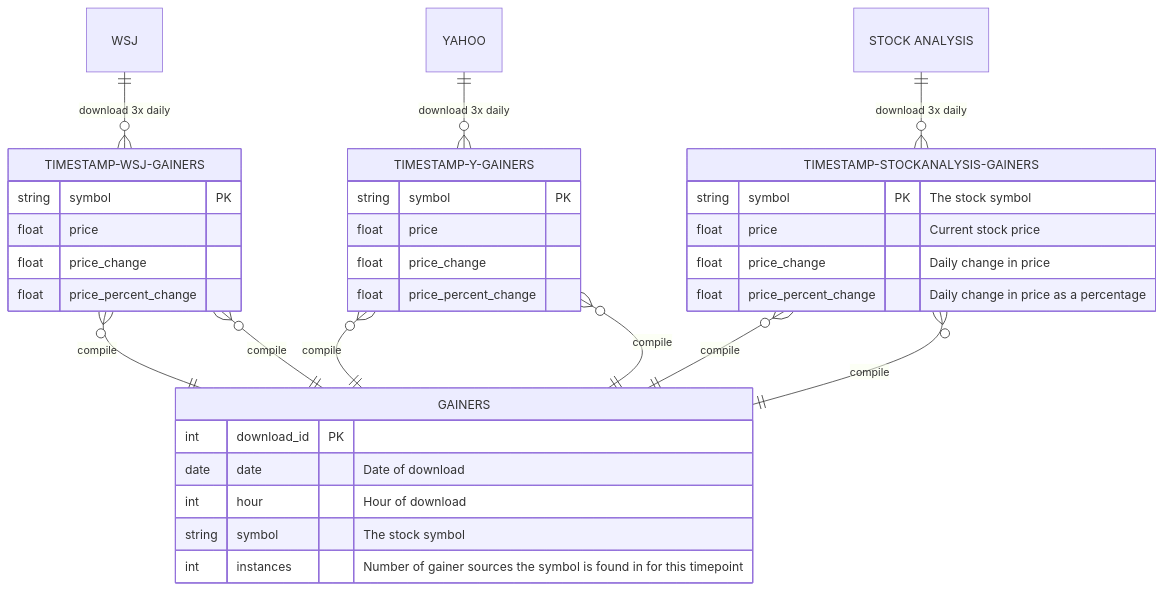
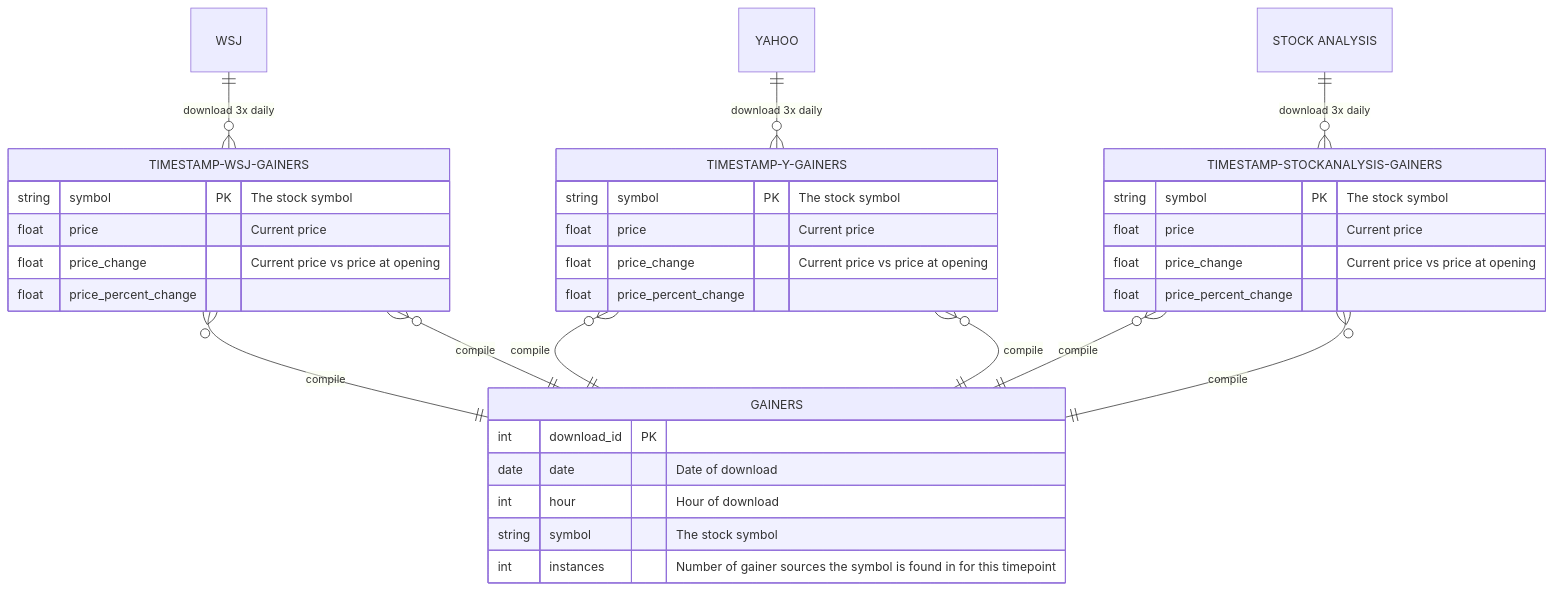
One commit to KazBarker/SP25_DS5111_nrg6cb changed the diagram in ERD/ERD.md. Above: the diagram before and after it, drawn with Mermaid.

Commit message:
updated more comments

````diff
--- a/ERD/ERD.md
+++ b/ERD/ERD.md
@@ -2,41 +2,41 @@
 ```mermaid
 erDiagram
     WSJ only one to zero or more TIMESTAMP-WSJ-GAINERS : "download 3x daily"
     YAHOO only one to zero or more TIMESTAMP-Y-GAINERS : "download 3x daily"
     "STOCK ANALYSIS" only one to zero or more TIMESTAMP-STOCKANALYSIS-GAINERS : "download 3x daily"
     
     TIMESTAMP-WSJ-GAINERS {
-        string symbol PK
-        float price
-        float price_change
+        string symbol PK "The stock symbol"
+        float price "Current price"
+        float price_change "Current price vs price at opening"
         float price_percent_change
     }
     TIMESTAMP-Y-GAINERS {
-        string symbol PK
-        float price
-        float price_change
+        string symbol PK "The stock symbol"
+        float price "Current price"
+        float price_change "Current price vs price at opening"
         float price_percent_change
     }
     TIMESTAMP-STOCKANALYSIS-GAINERS {
         string symbol PK "The stock symbol"
-        float price "Current stock price"
-        float price_change "Daily change in price"
-        float price_percent_change "Daily change in price as a percentage"
+        float price "Current price"
+        float price_change "Current price vs price at opening"
+        float price_percent_change
     }
  
     TIMESTAMP-WSJ-GAINERS many to only one GAINERS : "compile"
     TIMESTAMP-Y-GAINERS many to only one GAINERS : "compile"
     TIMESTAMP-STOCKANALYSIS-GAINERS many to only one GAINERS : "compile"
 
     GAINERS {
         int download_id PK
         date date "Date of download"
         int hour "Hour of download"
         string symbol "The stock symbol"
         int instances "Number of gainer sources the symbol is found in for this timepoint"
     }
     
     TIMESTAMP-WSJ-GAINERS many to only one GAINERS : "compile"
     TIMESTAMP-Y-GAINERS many to only one GAINERS : "compile"
     TIMESTAMP-STOCKANALYSIS-GAINERS many to only one GAINERS : "compile"
 ```
````
